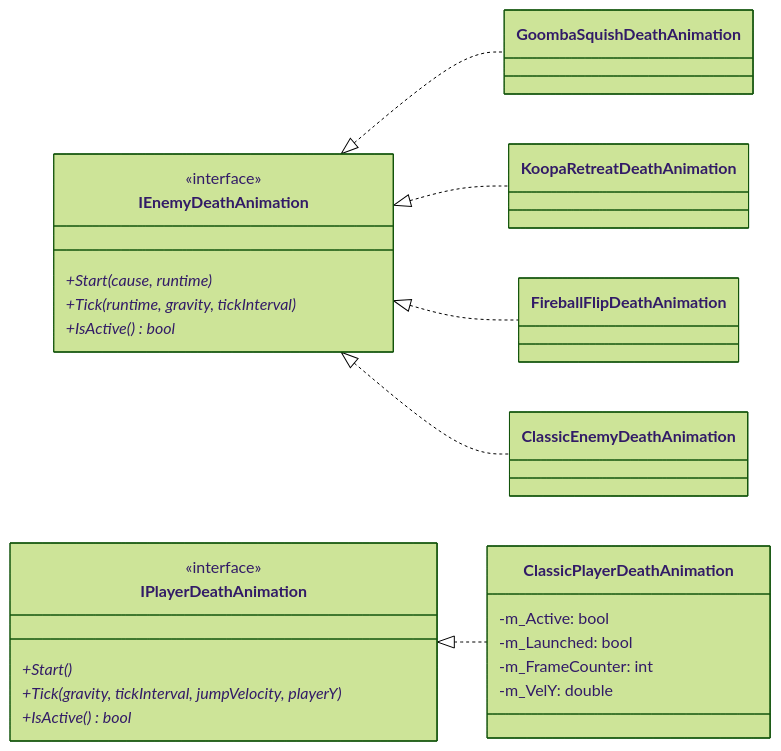
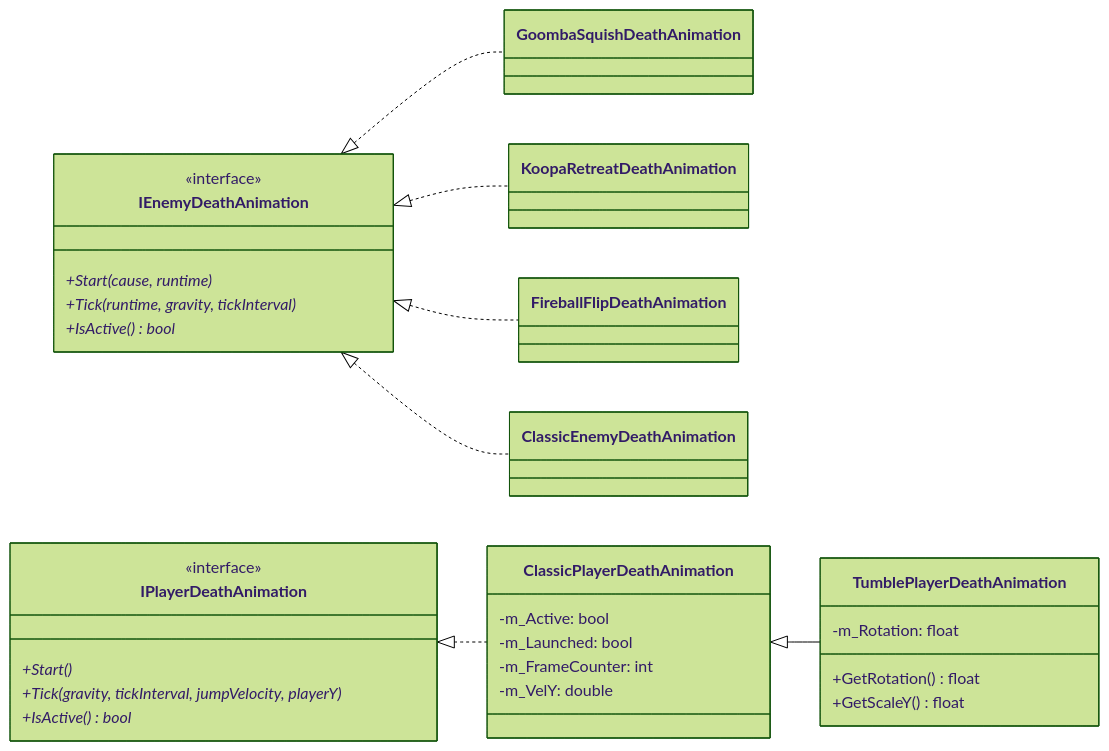
One commit to Andy87877/NTUT_OOPL_mario changed the fourth of 28 diagrams in Constructure.md. Above: the diagram before and after it, drawn with Mermaid (forest theme). The commit also changed other lines of this file and 27 other files, not shown here.

````diff
--- a/Constructure.md
+++ b/Constructure.md
@@ -379,35 +381,42 @@
 ```mermaid
 classDiagram
     direction LR
 
     class IEnemyDeathAnimation {
         <<interface>>
         +Start(cause, runtime)*
         +Tick(runtime, gravity, tickInterval)*
         +IsActive() bool*
     }
     class GoombaSquishDeathAnimation
     class KoopaRetreatDeathAnimation
     class FireballFlipDeathAnimation
     class ClassicEnemyDeathAnimation
 
     IEnemyDeathAnimation <|.. GoombaSquishDeathAnimation
     IEnemyDeathAnimation <|.. KoopaRetreatDeathAnimation
     IEnemyDeathAnimation <|.. FireballFlipDeathAnimation
     IEnemyDeathAnimation <|.. ClassicEnemyDeathAnimation
 
     class IPlayerDeathAnimation {
         <<interface>>
         +Start()*
         +Tick(gravity, tickInterval, jumpVelocity, playerY)*
         +IsActive() bool*
     }
     class ClassicPlayerDeathAnimation {
         -m_Active: bool
         -m_Launched: bool
         -m_FrameCounter: int
         -m_VelY: double
     }
 
+    class TumblePlayerDeathAnimation {
+        -m_Rotation: float
+        +GetRotation() float
+        +GetScaleY() float
+    }
+
     IPlayerDeathAnimation <|.. ClassicPlayerDeathAnimation
+    ClassicPlayerDeathAnimation <|-- TumblePlayerDeathAnimation
 ```
````
